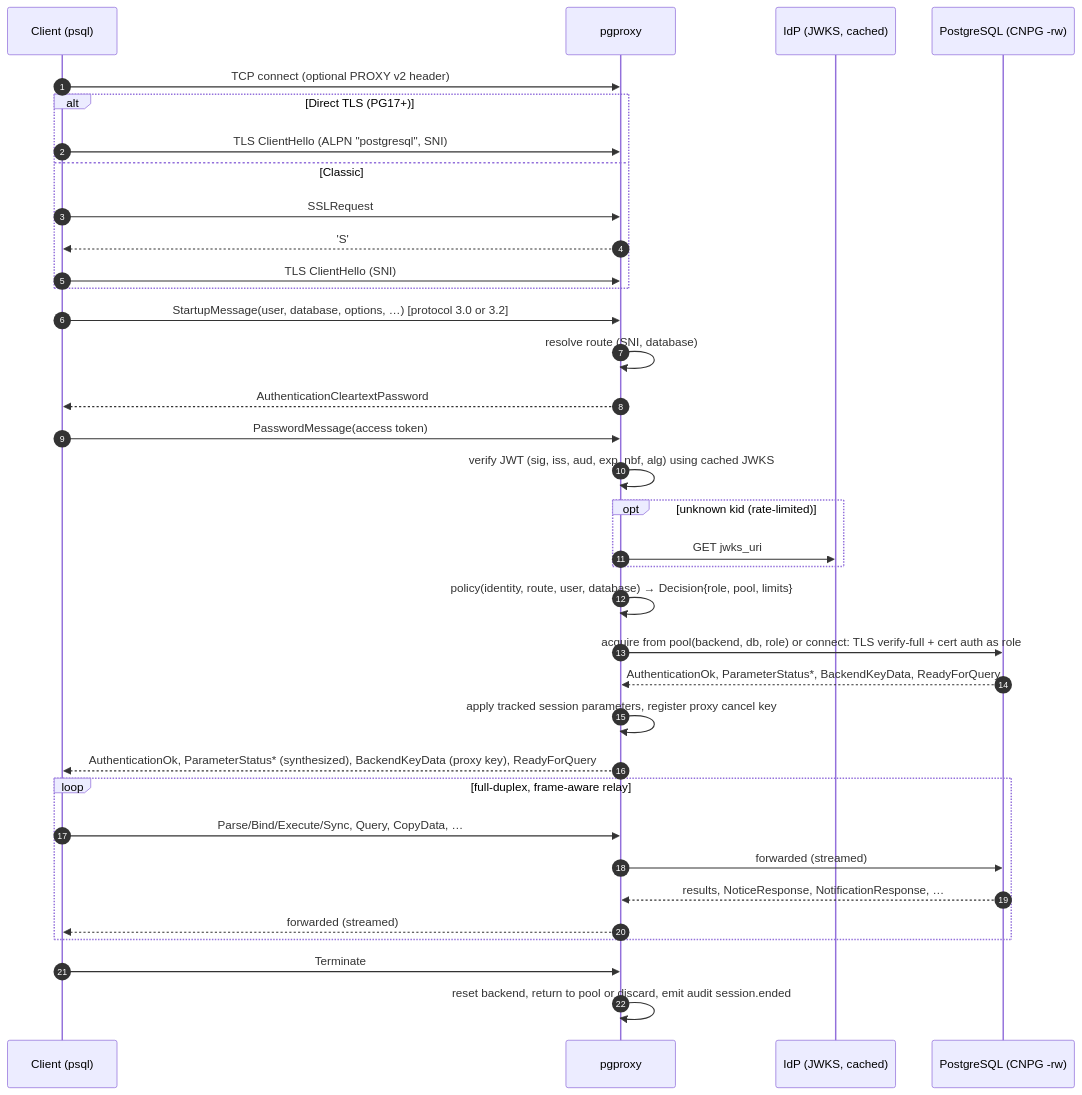
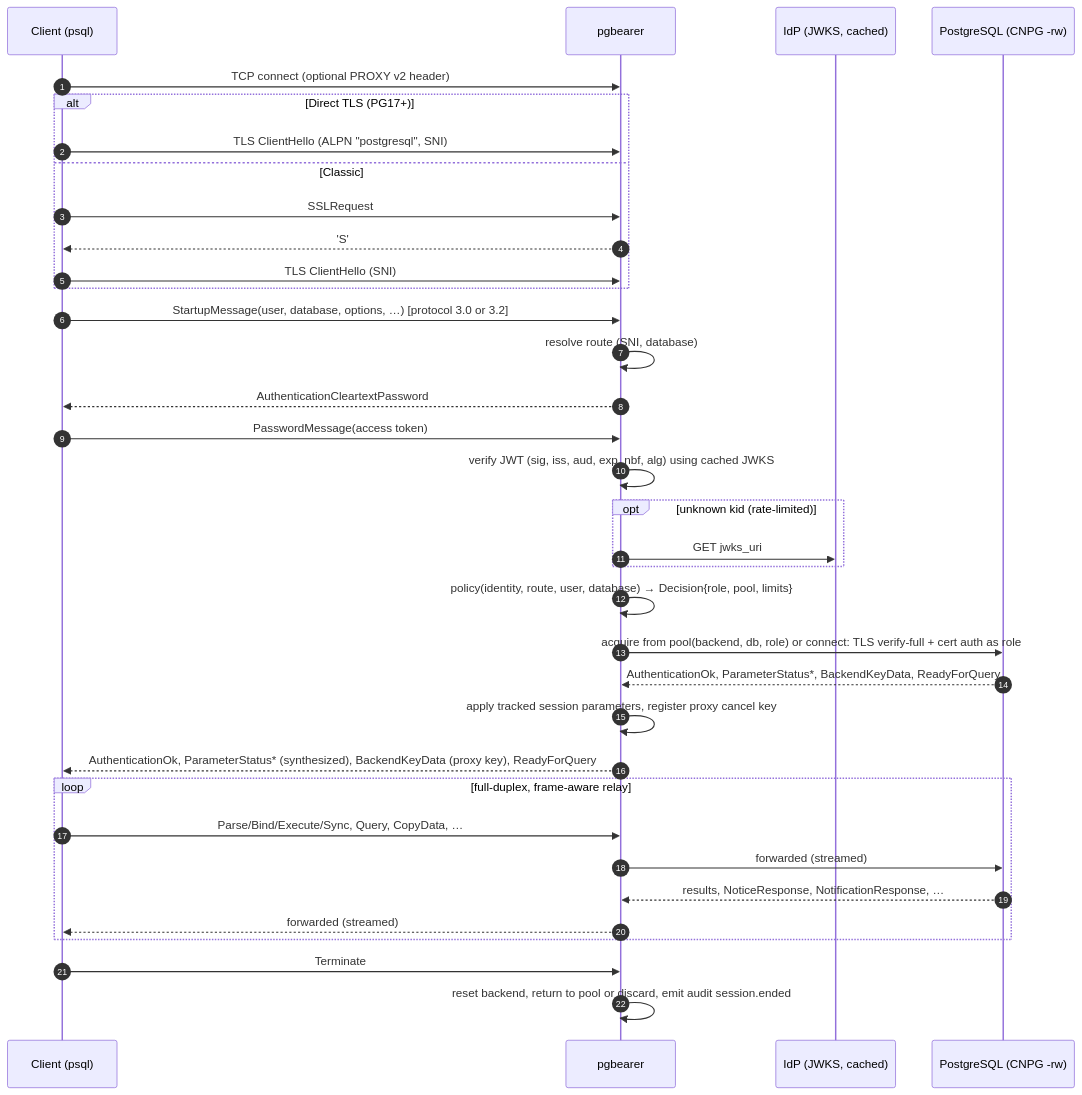
The third of 4 diagrams in ARCHITECTURE.md (egkristi/pgbearer), drawn with Mermaid before and after one commit. The commit also changed other lines of this file and 2 other files, not shown here.

First line of the commit message:
Rename project from pgproxy to pgbearer

````diff
--- a/ARCHITECTURE.md
+++ b/ARCHITECTURE.md
@@ -277,38 +277,38 @@
 ```mermaid
 sequenceDiagram
     autonumber
     participant C as Client (psql)
-    participant P as pgproxy
+    participant P as pgbearer
     participant I as IdP (JWKS, cached)
     participant B as PostgreSQL (CNPG -rw)
 
     C->>P: TCP connect (optional PROXY v2 header)
     alt Direct TLS (PG17+)
         C->>P: TLS ClientHello (ALPN "postgresql", SNI)
     else Classic
         C->>P: SSLRequest
         P-->>C: 'S'
         C->>P: TLS ClientHello (SNI)
     end
     C->>P: StartupMessage(user, database, options, …) [protocol 3.0 or 3.2]
     P->>P: resolve route (SNI, database)
     P-->>C: AuthenticationCleartextPassword
     C->>P: PasswordMessage(access token)
     P->>P: verify JWT (sig, iss, aud, exp, nbf, alg) using cached JWKS
     opt unknown kid (rate-limited)
         P->>I: GET jwks_uri
     end
     P->>P: policy(identity, route, user, database) → Decision{role, pool, limits}
     P->>B: acquire from pool(backend, db, role) or connect: TLS verify-full + cert auth as role
     B-->>P: AuthenticationOk, ParameterStatus*, BackendKeyData, ReadyForQuery
     P->>P: apply tracked session parameters, register proxy cancel key
     P-->>C: AuthenticationOk, ParameterStatus* (synthesized), BackendKeyData (proxy key), ReadyForQuery
     loop full-duplex, frame-aware relay
         C->>P: Parse/Bind/Execute/Sync, Query, CopyData, …
         P->>B: forwarded (streamed)
         B-->>P: results, NoticeResponse, NotificationResponse, …
         P-->>C: forwarded (streamed)
     end
     C->>P: Terminate
     P->>P: reset backend, return to pool or discard, emit audit session.ended
 ```
````
